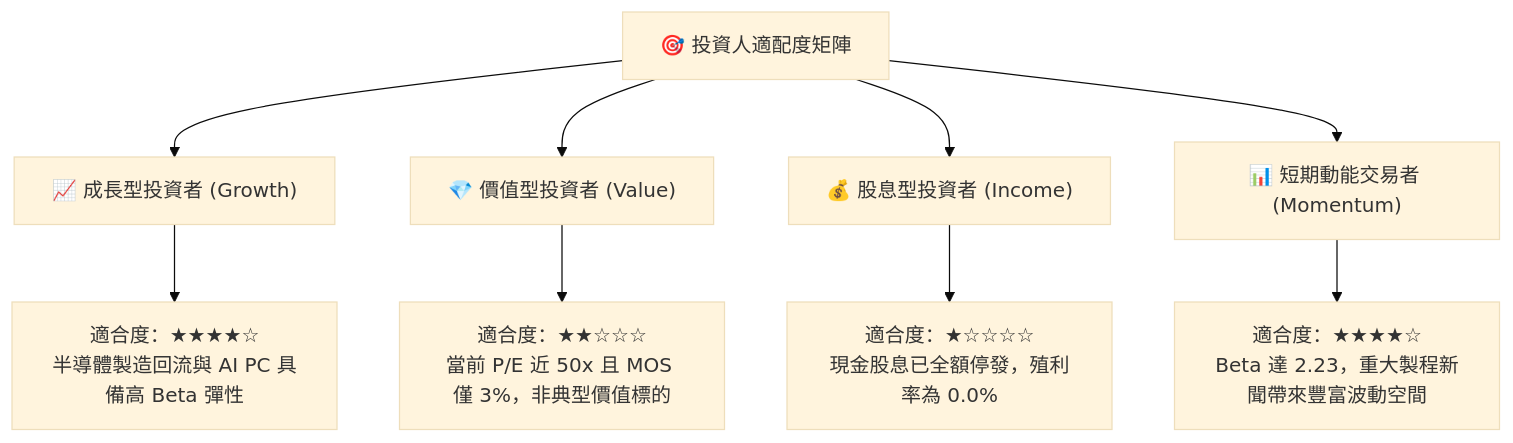
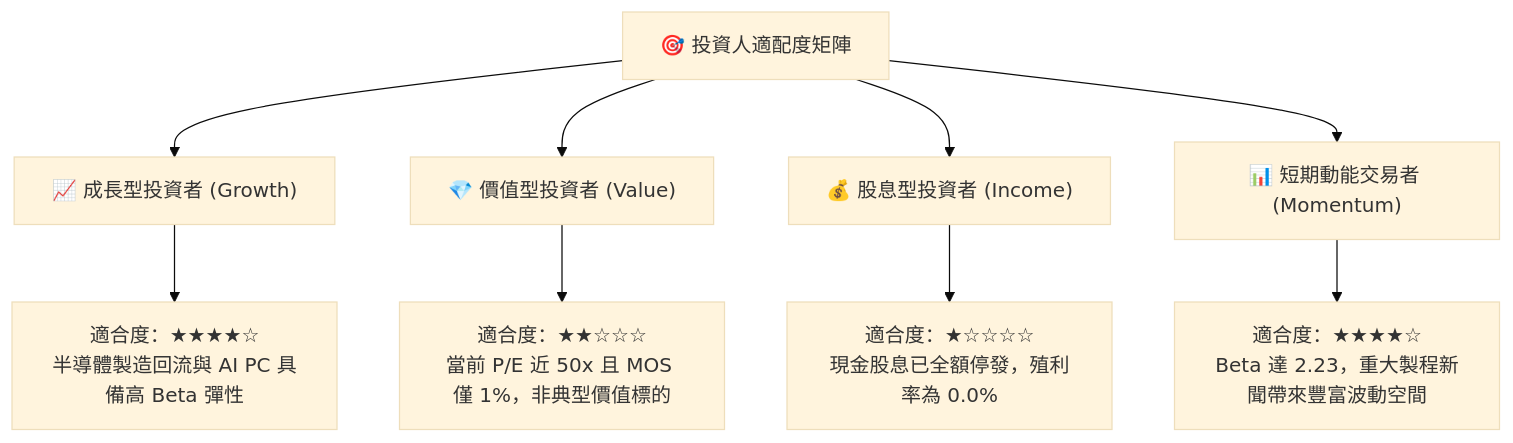
Diagram 16 of 16 in ai_gen_report/fundamental/intc/fundamental_analysis_2026-10-13_gemini-2.md (yennanliu/finance_data), drawn with Mermaid (base theme) before and after one commit. The commit also changed other lines of this file and 339 other files, not shown here.

````diff
--- a/ai_gen_report/fundamental/intc/fundamental_analysis_2026-10-13_gemini-2.md
+++ b/ai_gen_report/fundamental/intc/fundamental_analysis_2026-10-13_gemini-2.md
@@ -1066,14 +1081,14 @@
 ```mermaid
 graph TD
     INV["🎯 投資人適配度矩陣"]
 
     INV --> G["📈 成長型投資者 (Growth)"]
     INV --> V["💎 價值型投資者 (Value)"]
     INV --> D["💰 股息型投資者 (Income)"]
     INV --> T["📊 短期動能交易者 (Momentum)"]
 
     G --> G1["適合度：★★★★☆<br/>半導體製造回流與 AI PC 具備高 Beta 彈性"]
-    V --> V1["適合度：★★☆☆☆<br/>當前 P/E 近 50x 且 MOS 僅 3%，非典型價值標的"]
+    V --> V1["適合度：★★☆☆☆<br/>當前 P/E 近 50x 且 MOS 僅 1%，非典型價值標的"]
     D --> D1["適合度：★☆☆☆☆<br/>現金股息已全額停發，殖利率為 0.0%"]
     T --> T1["適合度：★★★★☆<br/>Beta 達 2.23，重大製程新聞帶來豐富波動空間"]
 ```
````
